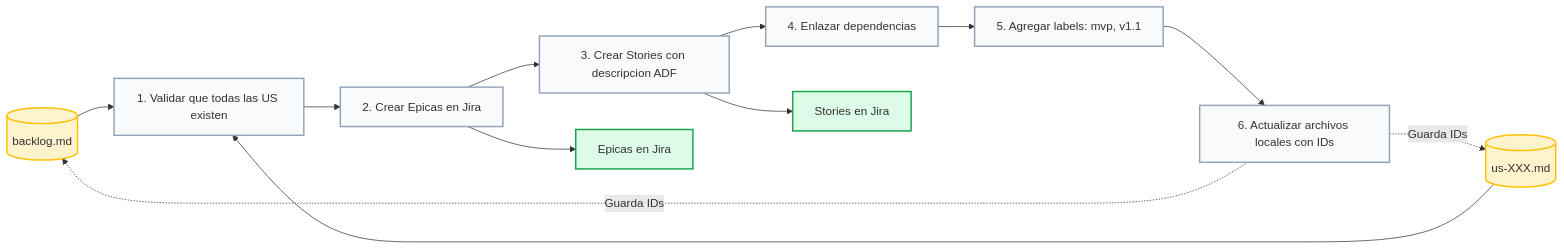
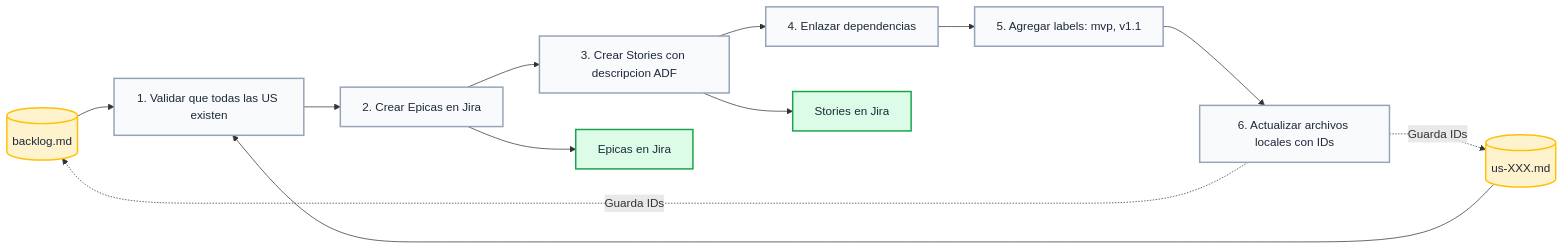
Before and after one commit to syntaxiscorp/syntaxis-ai-specs: diagram 11 of 12 in Information/spec-driven-workflow.md, drawn with Mermaid. The commit also changed other lines of this file, not shown here.

````diff
--- a/Information/spec-driven-workflow.md
+++ b/Information/spec-driven-workflow.md
@@ -409,27 +409,27 @@
 ```mermaid
 flowchart LR
-    classDef input fill:#fff3cd,stroke:#ffc107,stroke-width:2px
-    classDef step fill:#f8fafc,stroke:#94a3b8,stroke-width:2px
-    classDef output fill:#dcfce7,stroke:#16a34a,stroke-width:2px
+    classDef input fill:#fff3cd,stroke:#ffc107,stroke-width:2px,color:#1e293b
+    classDef step fill:#f8fafc,stroke:#94a3b8,stroke-width:2px,color:#1e293b
+    classDef output fill:#dcfce7,stroke:#16a34a,stroke-width:2px,color:#1e293b
 
     BACKLOG[("backlog.md")]:::input
     US[("us-XXX.md")]:::input
 
     V[1. Validar que todas las US existen]:::step
     E[2. Crear Epicas en Jira]:::step
     S[3. Crear Stories con descripcion ADF]:::step
     D[4. Enlazar dependencias]:::step
     L[5. Agregar labels: mvp, v1.1]:::step
     U[6. Actualizar archivos locales con IDs]:::step
 
     EPICS["Epicas en Jira"]:::output
     STORIES["Stories en Jira"]:::output
 
     BACKLOG --> V
     US --> V
     V --> E --> S --> D --> L --> U
     E --> EPICS
     S --> STORIES
     U -.->|Guarda IDs| BACKLOG
     U -.->|Guarda IDs| US
 ```
````
